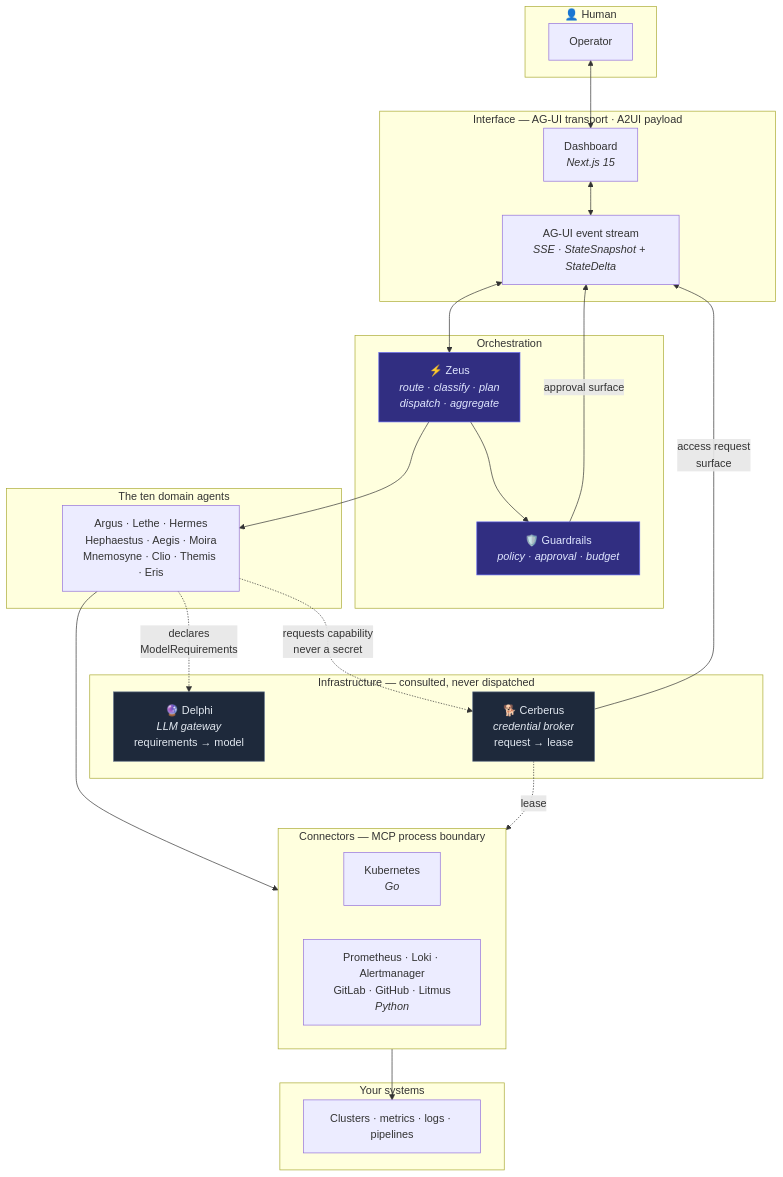
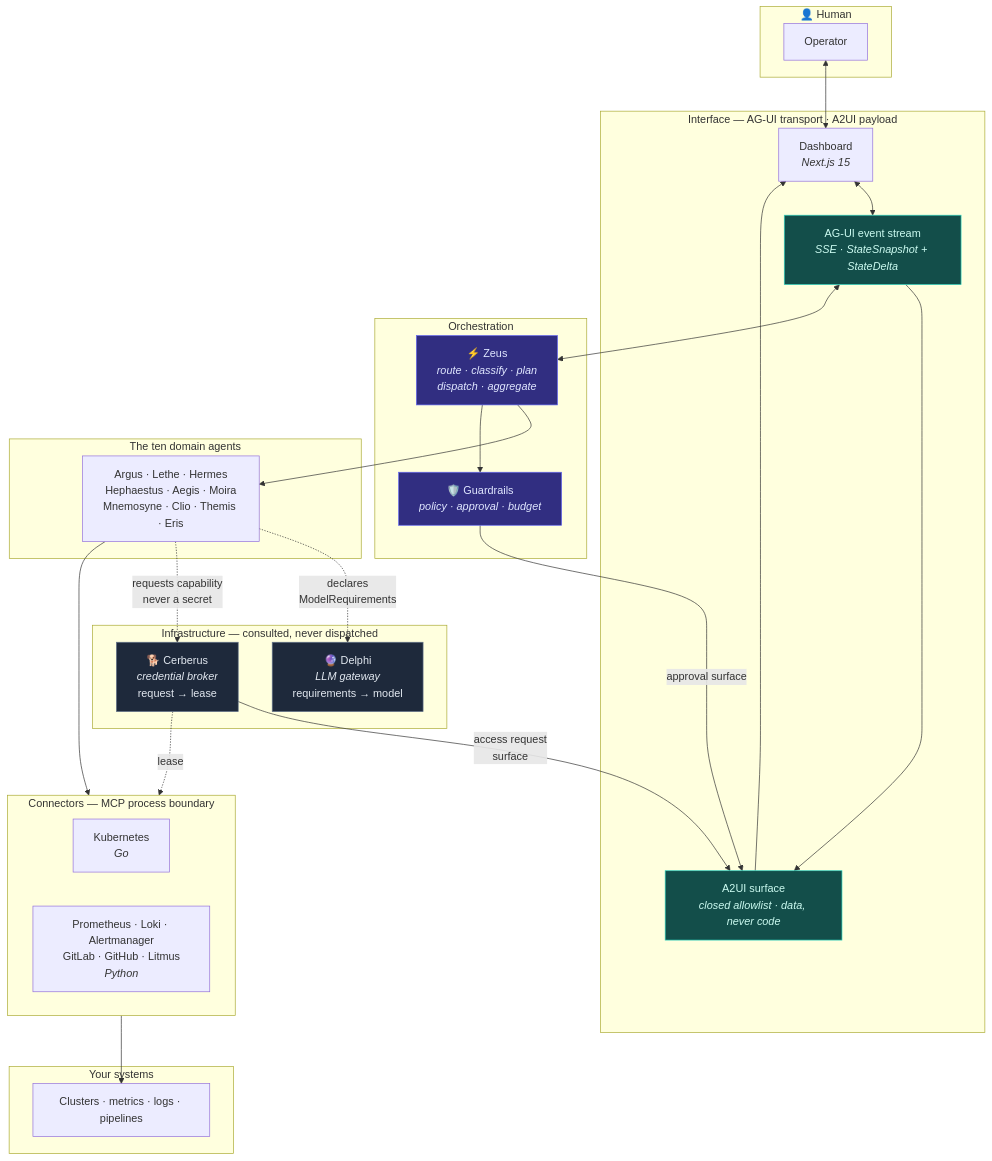
One commit to simootaz/pantheon-aiops changed the diagram in README.md. Above: the diagram before and after it, drawn with Mermaid. The commit also changed other lines of this file and 3 other files, not shown here.

````diff
--- a/README.md
+++ b/README.md
@@ -66,55 +86,60 @@
 ```mermaid
 flowchart TB
     subgraph human["👤 Human"]
         OPS["Operator"]
     end
 
     subgraph ui["Interface — AG-UI transport · A2UI payload"]
         DASH["Dashboard<br/><i>Next.js 15</i>"]
         AGUI["AG-UI event stream<br/><i>SSE · StateSnapshot + StateDelta</i>"]
+        A2UI["A2UI surface<br/><i>closed allowlist · data, never code</i>"]
     end
 
     subgraph brain["Orchestration"]
         ZEUS["⚡ Zeus<br/><i>route · classify · plan<br/>dispatch · aggregate</i>"]
         GUARD["🛡️ Guardrails<br/><i>policy · approval · budget</i>"]
     end
 
     subgraph infra["Infrastructure — consulted, never dispatched"]
         DELPHI["🔮 Delphi<br/><i>LLM gateway</i><br/>requirements → model"]
         CERB["🐕 Cerberus<br/><i>credential broker</i><br/>request → lease"]
     end
 
     subgraph agents["The ten domain agents"]
         A["Argus · Lethe · Hermes<br/>Hephaestus · Aegis · Moira<br/>Mnemosyne · Clio · Themis · Eris"]
     end
 
     subgraph conn["Connectors — MCP process boundary"]
         K8S["Kubernetes<br/><i>Go</i>"]
         PY["Prometheus · Loki · Alertmanager<br/>GitLab · GitHub · Litmus<br/><i>Python</i>"]
     end
 
     subgraph target["Your systems"]
         SYS["Clusters · metrics · logs · pipelines"]
     end
 
     OPS <--> DASH
     DASH <--> AGUI
+    AGUI --> A2UI
+    A2UI --> DASH
     AGUI <--> ZEUS
 
     ZEUS --> A
     ZEUS --> GUARD
     A -.->|"declares<br/>ModelRequirements"| DELPHI
     A -.->|"requests capability<br/>never a secret"| CERB
     A --> conn
 
-    GUARD -->|"approval surface"| AGUI
-    CERB -->|"access request<br/>surface"| AGUI
+    GUARD -->|"approval surface"| A2UI
+    CERB -->|"access request<br/>surface"| A2UI
     CERB -.->|"lease"| conn
 
     conn --> SYS
 
     classDef infraStyle fill:#1e293b,stroke:#64748b,color:#e2e8f0
     classDef brainStyle fill:#312e81,stroke:#6366f1,color:#e0e7ff
+    classDef uiStyle fill:#134e4a,stroke:#2dd4bf,color:#ccfbf1
     class DELPHI,CERB infraStyle
     class ZEUS,GUARD brainStyle
+    class AGUI,A2UI uiStyle
 ```
````
